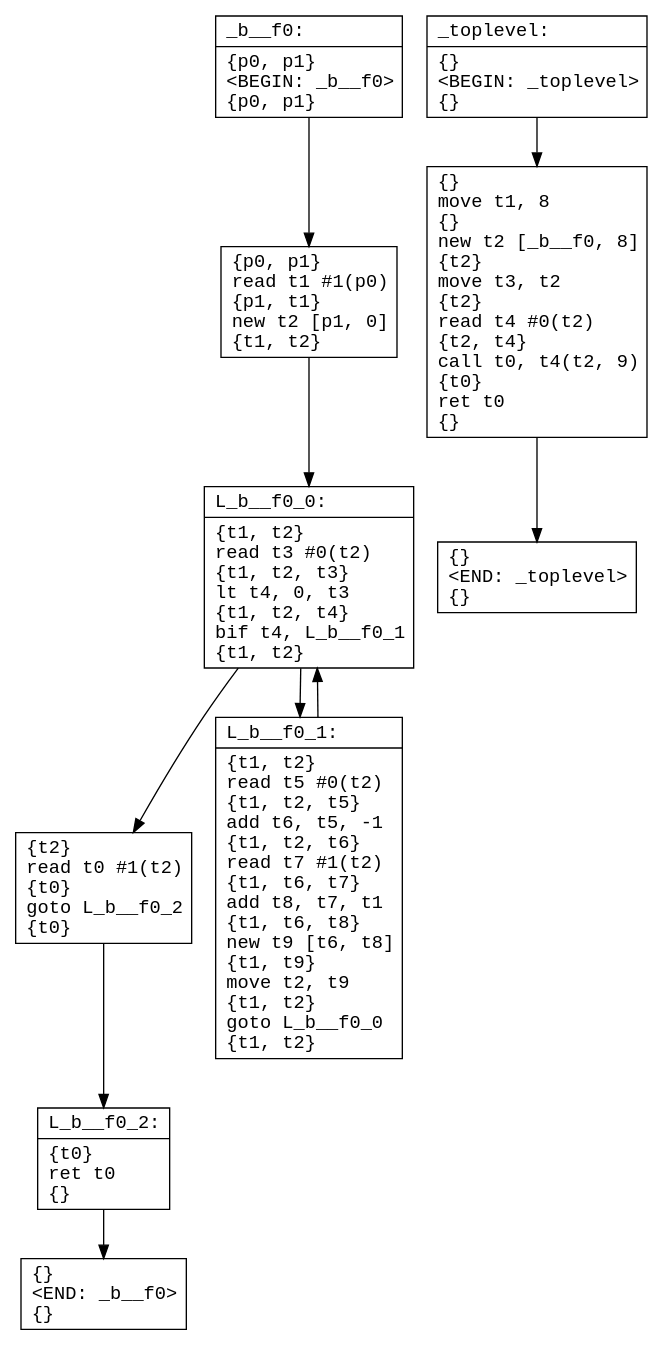
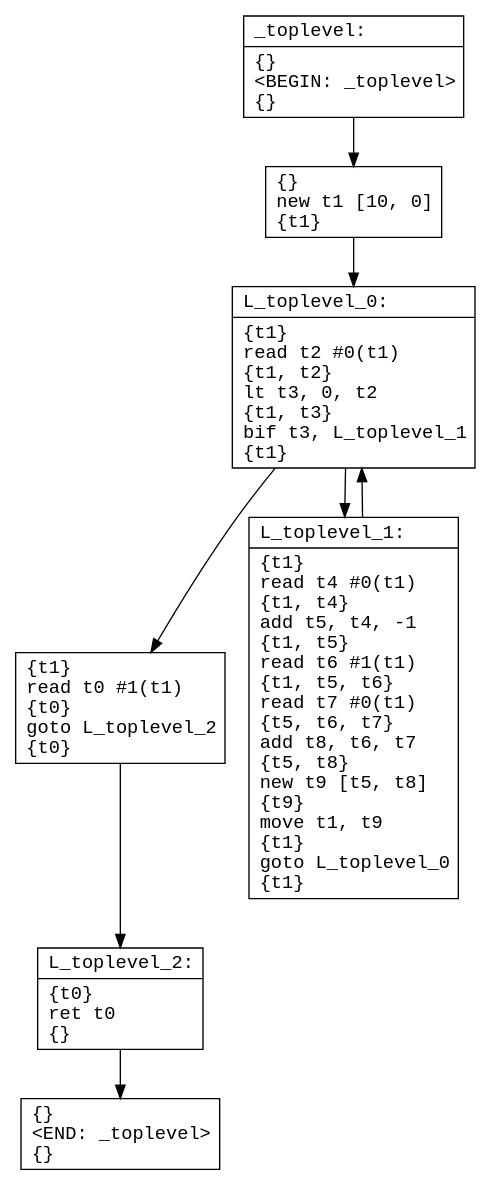
The diagram in code/cfg_tmp.dot (ore-puzzle/le4com), drawn with Graphviz before and after one commit. The commit also changed 26 other files, not shown here.

```diff
--- a/code/cfg_tmp.dot
+++ b/code/cfg_tmp.dot
@@ -1,25 +1,18 @@
 digraph CFG {
   node [shape=record fontname="courier"]
-  _b__f00 [label="{_b__f0:\l|\{p0, p1\}\l\<BEGIN: _b__f0\>\l\{p0, p1\}\l}"];
-  _b__f01 [label="{\{p0, p1\}\lread  t1 #1(p0)\l\{p1, t1\}\lnew  t2 [p1, 0]\l\{t1, t2\}\l}"];
-  _b__f02 [label="{L_b__f0_0:\l|\{t1, t2\}\lread  t3 #0(t2)\l\{t1, t2, t3\}\llt  t4, 0, t3\l\{t1, t2, t4\}\lbif  t4, L_b__f0_1\l\{t1, t2\}\l}"];
-  _b__f03 [label="{\{t2\}\lread  t0 #1(t2)\l\{t0\}\lgoto  L_b__f0_2\l\{t0\}\l}"];
-  _b__f04 [label="{L_b__f0_1:\l|\{t1, t2\}\lread  t5 #0(t2)\l\{t1, t2, t5\}\ladd  t6, t5, -1\l\{t1, t2, t6\}\lread  t7 #1(t2)\l\{t1, t6, t7\}\ladd  t8, t7, t1\l\{t1, t6, t8\}\lnew  t9 [t6, t8]\l\{t1, t9\}\lmove  t2, t9\l\{t1, t2\}\lgoto  L_b__f0_0\l\{t1, t2\}\l}"];
-  _b__f05 [label="{L_b__f0_2:\l|\{t0\}\lret  t0\l\{\}\l}"];
-  _b__f06 [label="{\{\}\l\<END: _b__f0\>\l\{\}\l}"];
-
-  _b__f00 -> _b__f01
-  _b__f01 -> _b__f02
-  _b__f02 -> _b__f04
-  _b__f02 -> _b__f03
-  _b__f03 -> _b__f05
-  _b__f04 -> _b__f02
-  _b__f05 -> _b__f06
-  
   _toplevel0 [label="{_toplevel:\l|\{\}\l\<BEGIN: _toplevel\>\l\{\}\l}"];
-  _toplevel1 [label="{\{\}\lmove  t1, 8\l\{\}\lnew  t2 [_b__f0, 8]\l\{t2\}\lmove  t3, t2\l\{t2\}\lread  t4 #0(t2)\l\{t2, t4\}\lcall  t0, t4(t2, 9)\l\{t0\}\lret  t0\l\{\}\l}"];
-  _toplevel2 [label="{\{\}\l\<END: _toplevel\>\l\{\}\l}"];
+  _toplevel1 [label="{\{\}\lnew  t1 [10, 0]\l\{t1\}\l}"];
+  _toplevel2 [label="{L_toplevel_0:\l|\{t1\}\lread  t2 #0(t1)\l\{t1, t2\}\llt  t3, 0, t2\l\{t1, t3\}\lbif  t3, L_toplevel_1\l\{t1\}\l}"];
+  _toplevel3 [label="{\{t1\}\lread  t0 #1(t1)\l\{t0\}\lgoto  L_toplevel_2\l\{t0\}\l}"];
+  _toplevel4 [label="{L_toplevel_1:\l|\{t1\}\lread  t4 #0(t1)\l\{t1, t4\}\ladd  t5, t4, -1\l\{t1, t5\}\lread  t6 #1(t1)\l\{t1, t5, t6\}\lread  t7 #0(t1)\l\{t5, t6, t7\}\ladd  t8, t6, t7\l\{t5, t8\}\lnew  t9 [t5, t8]\l\{t9\}\lmove  t1, t9\l\{t1\}\lgoto  L_toplevel_0\l\{t1\}\l}"];
+  _toplevel5 [label="{L_toplevel_2:\l|\{t0\}\lret  t0\l\{\}\l}"];
+  _toplevel6 [label="{\{\}\l\<END: _toplevel\>\l\{\}\l}"];
 
   _toplevel0 -> _toplevel1
   _toplevel1 -> _toplevel2
+  _toplevel2 -> _toplevel4
+  _toplevel2 -> _toplevel3
+  _toplevel3 -> _toplevel5
+  _toplevel4 -> _toplevel2
+  _toplevel5 -> _toplevel6
   }
```
